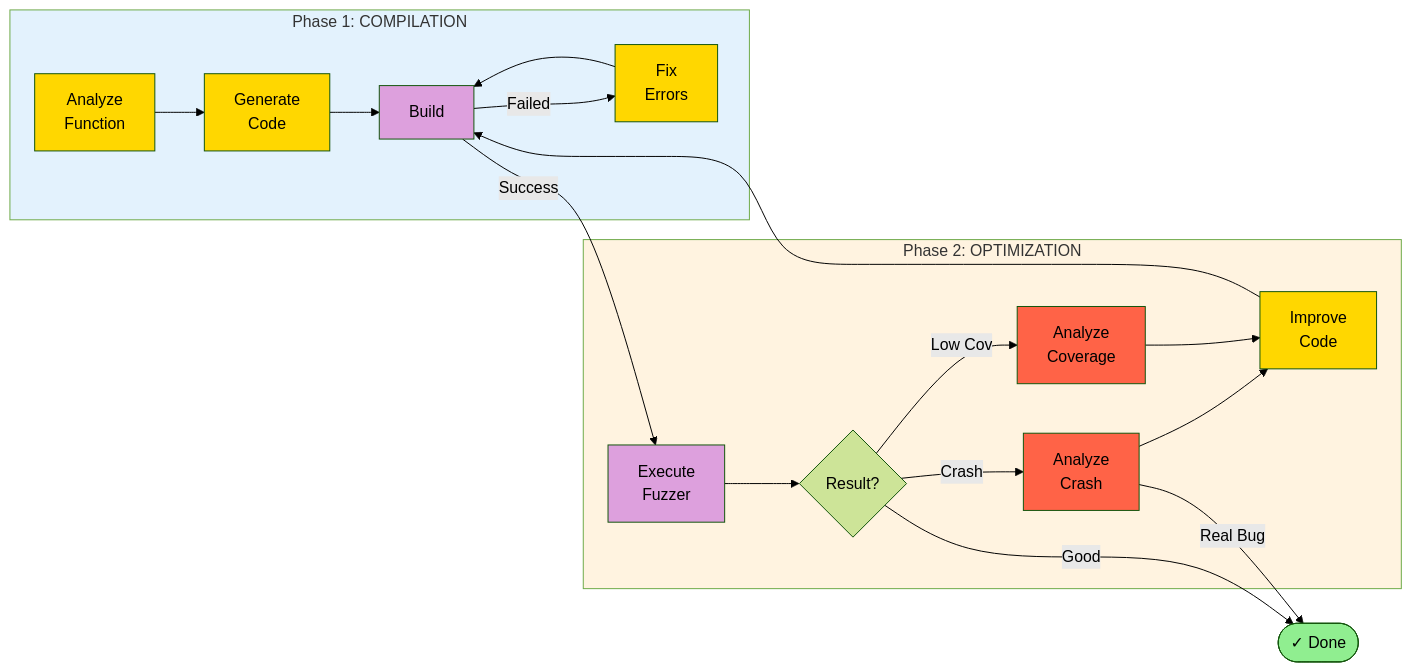
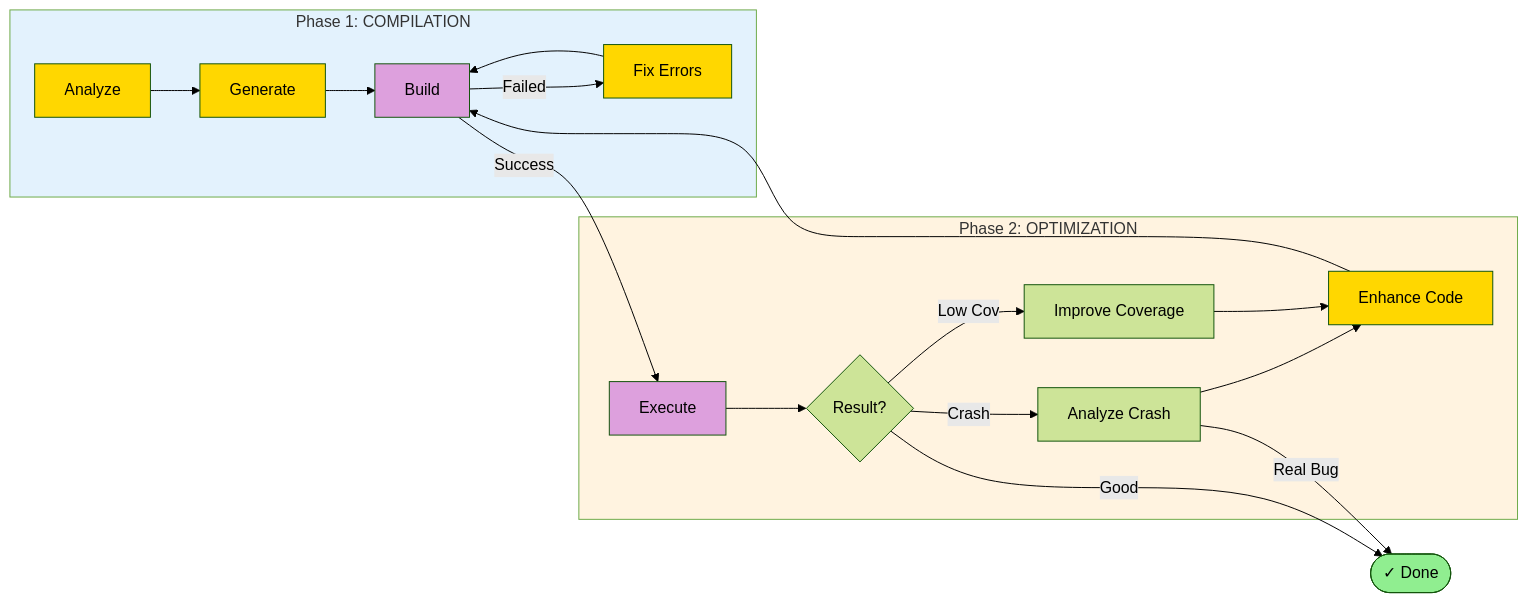
The diagram in README.md (MarkLee131/oss-fuzz-gen), drawn with Mermaid (forest theme) before and after one commit. The commit also changed other lines of this file and 4 other files, not shown here.

````diff
--- a/README.md
+++ b/README.md
@@ -68,34 +64,32 @@
 ```mermaid
 flowchart LR
     subgraph Phase1["Phase 1: COMPILATION"]
-        A[Analyze<br/>Function] --> B[Generate<br/>Code]
+        A[Analyze] --> B[Generate]
         B --> C[Build]
-        C -->|Failed| D[Fix<br/>Errors]
+        C -->|Failed| D[Fix Errors]
         D --> C
     end
     
     subgraph Phase2["Phase 2: OPTIMIZATION"]
-        E[Execute<br/>Fuzzer] --> F{Result?}
-        F -->|Crash| G[Analyze<br/>Crash]
-        F -->|Low Cov| H[Analyze<br/>Coverage]
-        G --> I[Improve<br/>Code]
+        E[Execute] --> F{Result?}
+        F -->|Crash| G[Analyze Crash]
+        F -->|Low Cov| H[Improve Coverage]
+        G --> I[Enhance Code]
         H --> I
         I --> C
     end
     
     C -->|Success| E
     F -->|Good| J([✓ Done])
     G -->|Real Bug| J
     
     style Phase1 fill:#E3F2FD
     style Phase2 fill:#FFF3E0
     style A fill:#FFD700
     style B fill:#FFD700
     style D fill:#FFD700
     style I fill:#FFD700
-    style G fill:#FF6347
-    style H fill:#FF6347
     style C fill:#DDA0DD
     style E fill:#DDA0DD
     style J fill:#90EE90
 ```
````
